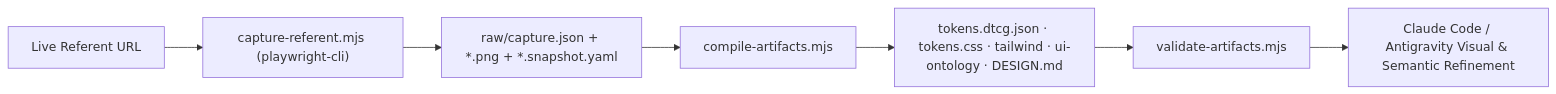
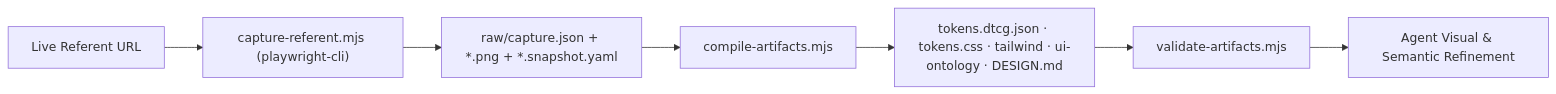
The diagram in README.md (tammai/refract), drawn with Mermaid before and after one commit. The commit also changed other lines of this file and 26 other files, not shown here.

````diff
--- a/README.md
+++ b/README.md
@@ -37,9 +39,9 @@
 ```mermaid
 flowchart LR
   URL["Live Referent URL"] --> CAP["capture-referent.mjs (playwright-cli)"]
   CAP --> RAW["raw/capture.json + *.png + *.snapshot.yaml"]
   RAW --> COMPILE["compile-artifacts.mjs"]
   COMPILE --> OUT["tokens.dtcg.json · tokens.css · tailwind · ui-ontology · DESIGN.md"]
   OUT --> VAL["validate-artifacts.mjs"]
-  VAL --> AGENT["Claude Code / Antigravity Visual & Semantic Refinement"]
+  VAL --> AGENT["Agent Visual & Semantic Refinement"]
 ```
````
